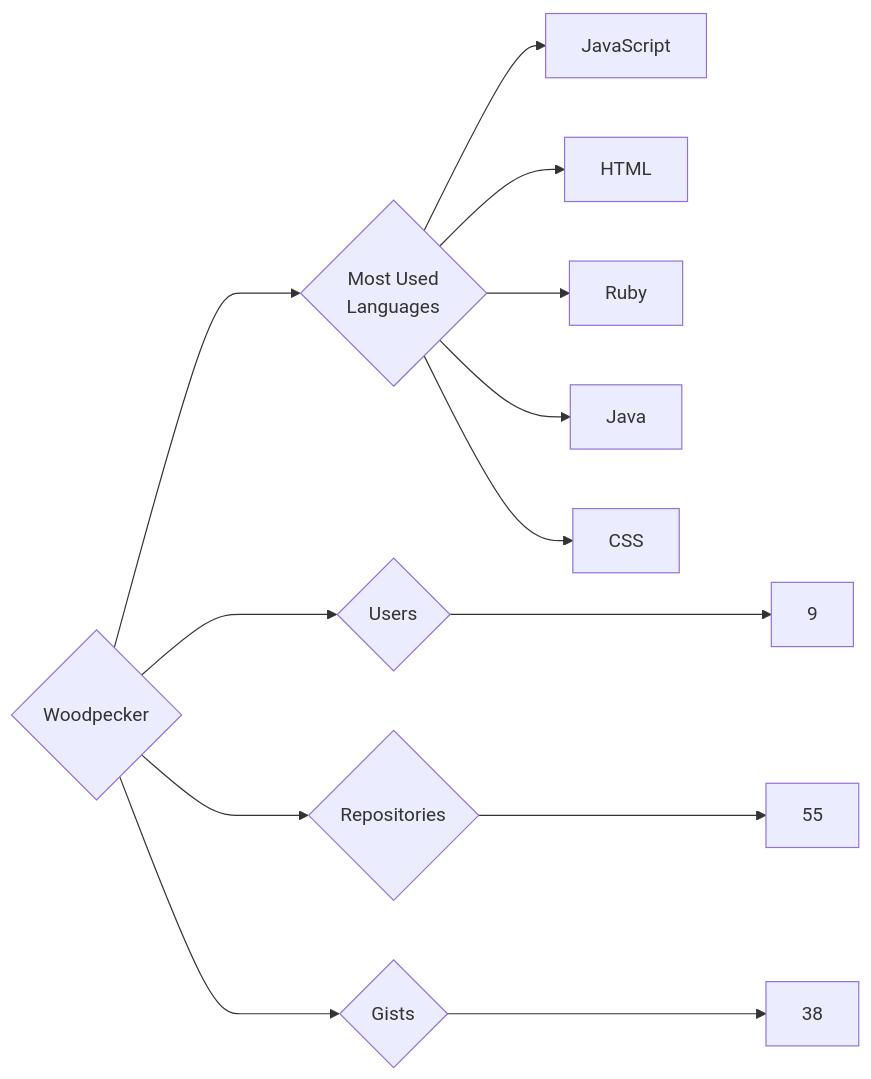
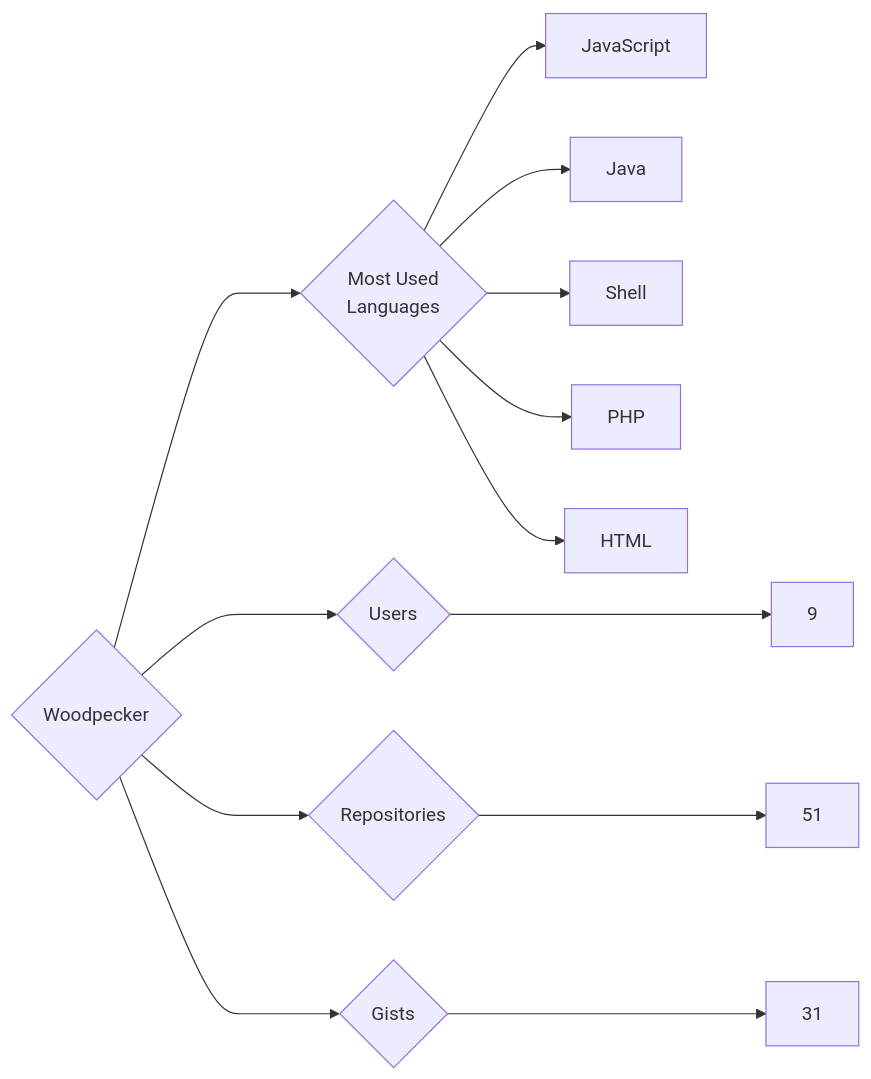
One commit to trickest/insiders changed the diagram in targets/Woodpecker/README.md. Above: the diagram before and after it, drawn with Mermaid. The commit also changed 582 other files, not shown here.

````diff
--- a/targets/Woodpecker/README.md
+++ b/targets/Woodpecker/README.md
@@ -3,13 +3,13 @@
 ```mermaid
 graph LR
 COMPANY_NAME{Woodpecker}
 COMPANY_NAME ---> U{Users} ---> UN[9]
-COMPANY_NAME ---> R{Repositories} ---> RN[55]
-COMPANY_NAME ---> G{Gists} ---> GN[38]
+COMPANY_NAME ---> R{Repositories} ---> RN[51]
+COMPANY_NAME ---> G{Gists} ---> GN[31]
 COMPANY_NAME ---> ML{Most Used<br>Languages}
 ML --> JavaScript[JavaScript]
+ML --> Java[Java]
+ML --> Shell[Shell]
+ML --> PHP[PHP]
 ML --> HTML[HTML]
-ML --> Ruby[Ruby]
-ML --> Java[Java]
-ML --> CSS[CSS]
 ```
````
